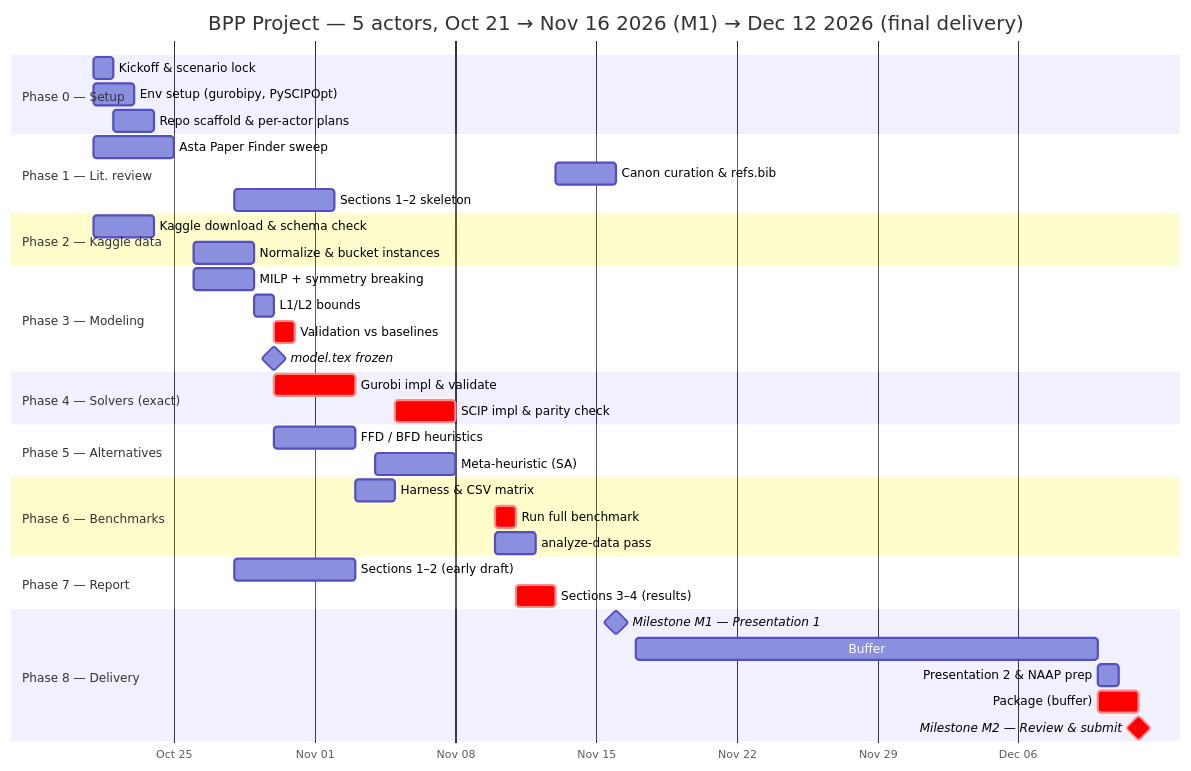
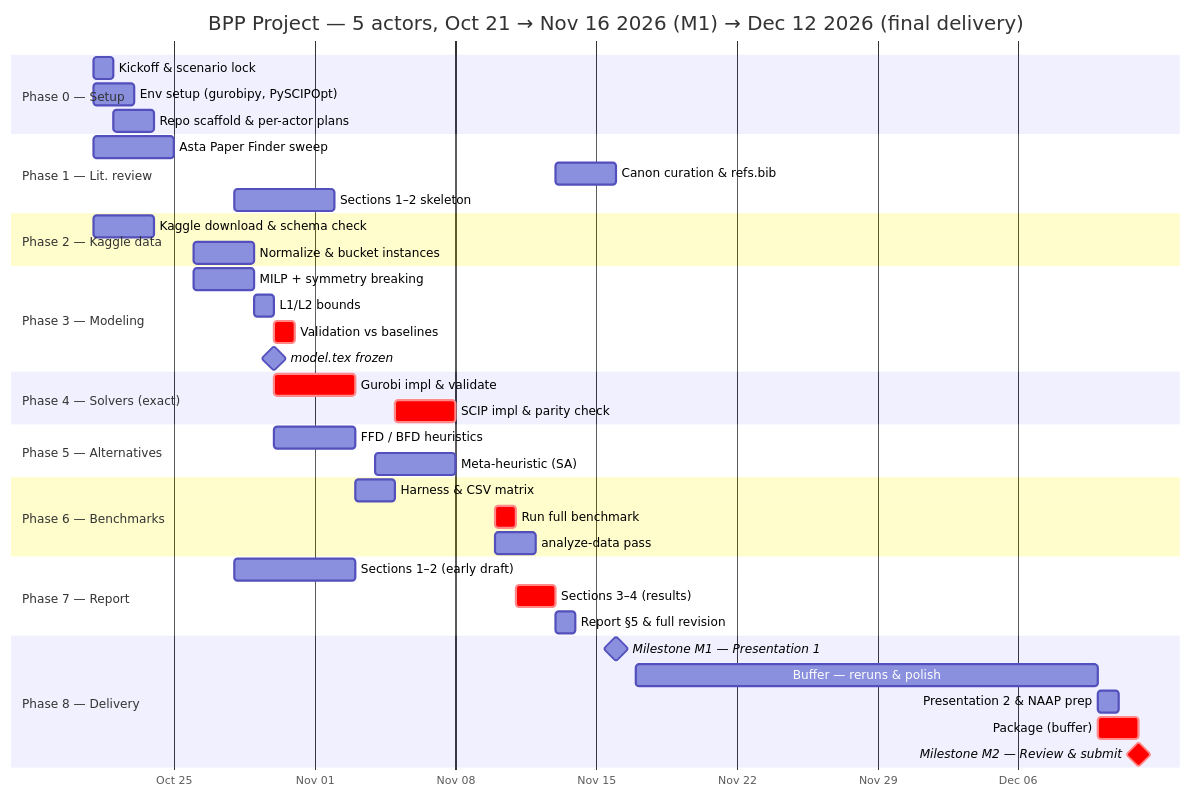
The diagram in TODO.md (o-abreu/bin-packing-problem), drawn with Mermaid before and after one commit.

Commit message:
Fix mermaid Gantt parse error (task name starting with 'Section ')
Mermaid's gantt lexer matches the 'section' keyword case-insensitively at
word start, so a task named 'Section 5 & full revision' was parsed as a
section declaration. Renamed to 'Report §5 & full revision'. Verified
parsing against mermaid 10.2.3 (the same version used by the markdown
preview); the diagram now passes.

````diff
--- a/TODO.md
+++ b/TODO.md
@@ -122,51 +122,51 @@
 ```mermaid
 gantt
     title BPP Project — 5 actors, Oct 21 → Nov 16 2026 (M1) → Dec 12 2026 (final delivery)
     dateFormat  YYYY-MM-DD
     axisFormat  %b %d
 
     section Phase 0 — Setup
     Kickoff & scenario lock          :a1, 2026-10-21, 1d
     Env setup (gurobipy, PySCIPOpt)  :a4, 2026-10-21, 2d
     Repo scaffold & per-actor plans  :a1, 2026-10-22, 2d
 
     section Phase 1 — Lit. review
     Asta Paper Finder sweep          :a2, 2026-10-21, 4d
     Canon curation & refs.bib        :a2, after a2, 3d
     Sections 1–2 skeleton            :a2, 2026-10-28, 5d
 
     section Phase 2 — Kaggle data
     Kaggle download & schema check   :a3, 2026-10-21, 3d
     Normalize & bucket instances     :a3, 2026-10-26, 3d
 
     section Phase 3 — Modeling
     MILP + symmetry breaking         :a1, 2026-10-26, 3d
     L1/L2 bounds                     :a1, 2026-10-29, 1d
     Validation vs baselines          :crit, a1, 2026-10-30, 1d
     model.tex frozen                 :milestone, 2026-10-30, 0d
 
     section Phase 4 — Solvers (exact)
     Gurobi impl & validate           :crit, a4, 2026-10-30, 4d
     SCIP impl & parity check         :crit, a4, 2026-11-05, 3d
 
     section Phase 5 — Alternatives
     FFD / BFD heuristics             :a5, 2026-10-30, 4d
     Meta-heuristic (SA)              :a5, 2026-11-04, 4d
 
     section Phase 6 — Benchmarks
     Harness & CSV matrix             :a3, 2026-11-03, 2d
     Run full benchmark               :crit, a3, 2026-11-10, 1d
     analyze-data pass                :a3, 2026-11-10, 2d
 
     section Phase 7 — Report
     Sections 1–2 (early draft)       :a2, 2026-10-28, 6d
     Sections 3–4 (results)           :crit, a2, 2026-11-11, 2d
-    Section 5 & full revision        :a1, 2026-11-13, 1d
+    Report §5 & full revision        :a1, 2026-11-13, 1d
 
     section Phase 8 — Delivery
     Milestone M1 — Presentation 1    :milestone, 2026-11-16, 0d
-    Buffer: reruns & polish          :2026-11-17, 23d
+    Buffer — reruns & polish         :2026-11-17, 23d
     Presentation 2 & NAAP prep       :m2, 2026-12-10, 1d
     Package (buffer)                 :crit, 2026-12-10, 2d
     Milestone M2 — Review & submit   :crit, milestone, 2026-12-12, 0d
 ```
````
